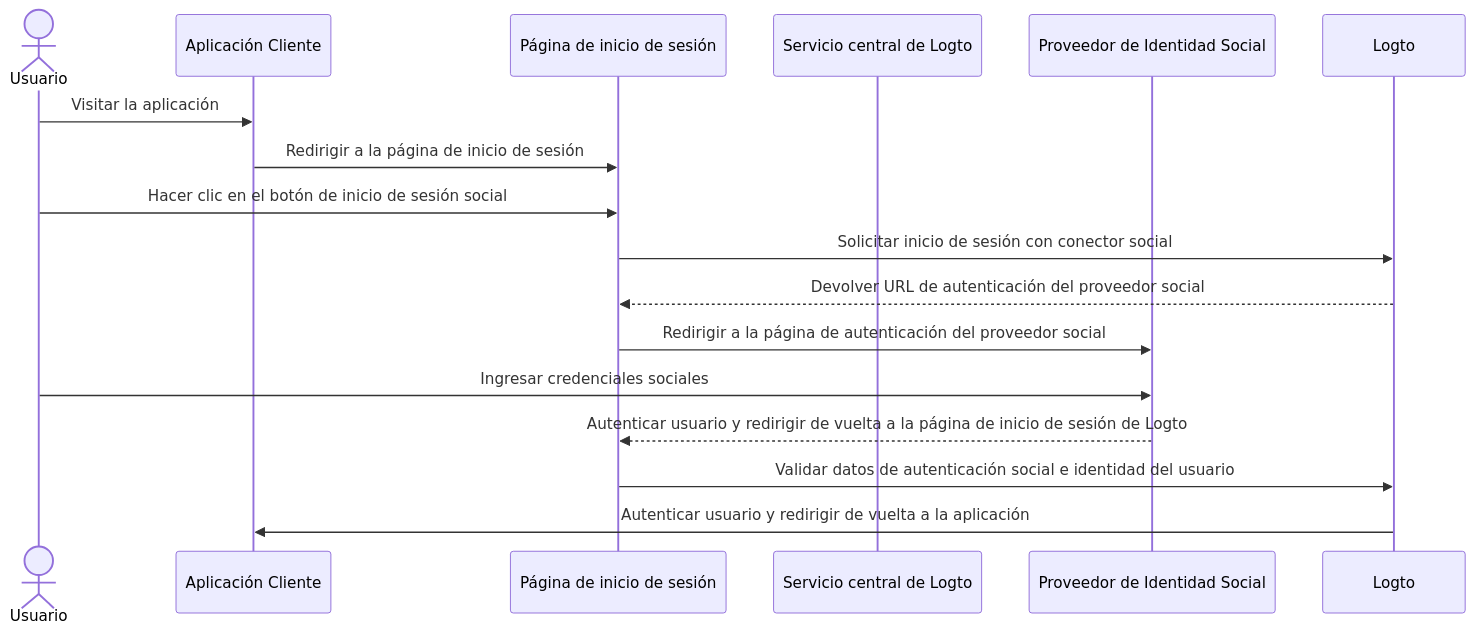
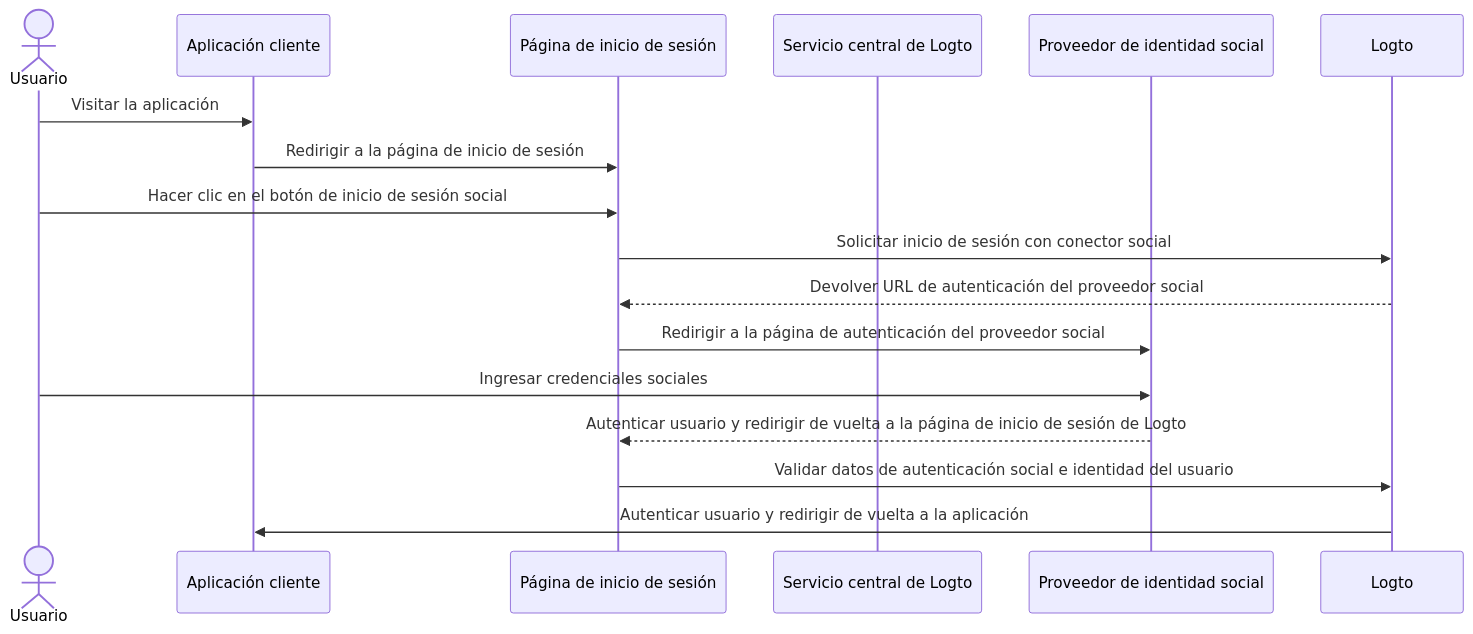
The first of 6 diagrams in i18n/es/docusaurus-plugin-content-docs/current/end-user-flows/sign-up-and-sign-in/social-sign-in.mdx (logto-io/docs), drawn with Mermaid before and after one commit. The commit also changed other lines of this file and 407 other files, not shown here.

````diff
--- a/i18n/es/docusaurus-plugin-content-docs/current/end-user-flows/sign-up-and-sign-in/social-sign-in.mdx
+++ b/i18n/es/docusaurus-plugin-content-docs/current/end-user-flows/sign-up-and-sign-in/social-sign-in.mdx
@@ -36,19 +36,19 @@
 ```mermaid
 sequenceDiagram
     actor user as Usuario
-    participant app as Aplicación Cliente
+    participant app as Aplicación cliente
     participant experience as Página de inicio de sesión
     participant logto as Servicio central de Logto
-    participant social as Proveedor de Identidad Social
+    participant social as Proveedor de identidad social
 
     user->>app: Visitar la aplicación
     app->>experience: Redirigir a la página de inicio de sesión
     user->>experience: Hacer clic en el botón de inicio de sesión social
     experience->>Logto: Solicitar inicio de sesión con conector social
     Logto-->>experience: Devolver URL de autenticación del proveedor social
     experience->>social: Redirigir a la página de autenticación del proveedor social
     user->>social: Ingresar credenciales sociales
     social-->>experience: Autenticar usuario y redirigir de vuelta a la página de inicio de sesión de Logto
     experience->>Logto: Validar datos de autenticación social e identidad del usuario
     Logto->>app: Autenticar usuario y redirigir de vuelta a la aplicación
 ```
````
